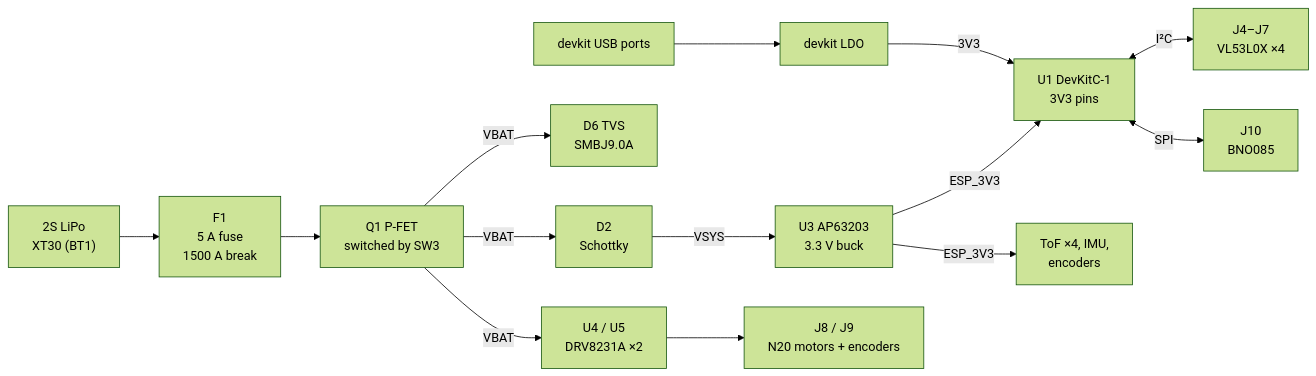
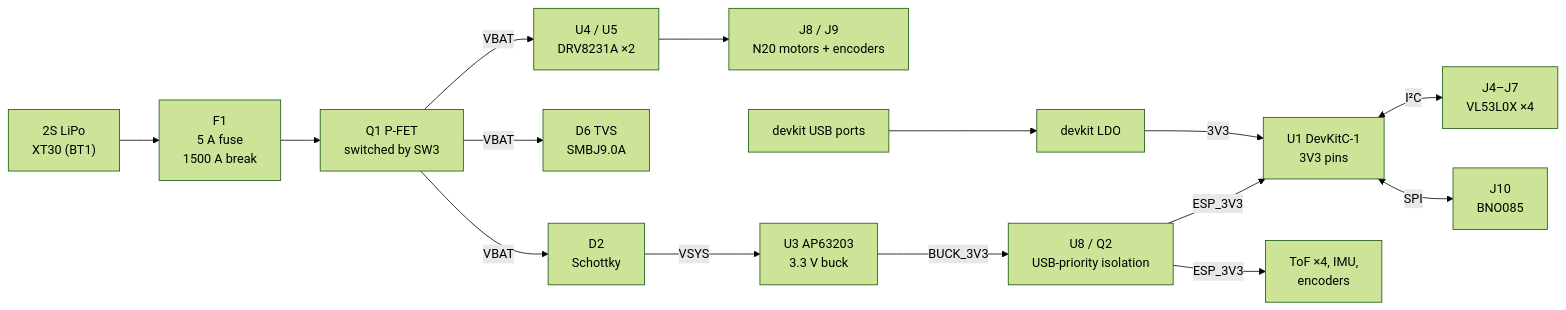
One commit to Galm007/KiCad-Pixy-M2 changed the diagram in README.md. Above: the diagram before and after it, drawn with Mermaid (forest theme). The commit also changed other lines of this file and 35 other files, not shown here.

````diff
--- a/README.md
+++ b/README.md
@@ -87,16 +87,17 @@
 ```mermaid
 flowchart LR
     BAT["2S LiPo<br/>XT30 (BT1)"] --> F1["F1<br/>5 A fuse<br/>1500 A break"]
     F1 --> Q1["Q1 P-FET<br/>switched by SW3"]
     Q1 -- VBAT --> DRV["U4 / U5<br/>DRV8231A ×2"]
     Q1 -- VBAT --> D6["D6 TVS<br/>SMBJ9.0A"]
     Q1 -- VBAT --> D2["D2<br/>Schottky"]
     D2 -- VSYS --> BUCK["U3 AP63203<br/>3.3 V buck"]
-    BUCK -- ESP_3V3 --> MCU["U1 DevKitC-1<br/>3V3 pins"]
-    BUCK -- ESP_3V3 --> PERIPH["ToF ×4, IMU,<br/>encoders"]
+    BUCK -- BUCK_3V3 --> ISO["U8 / Q2<br/>USB-priority isolation"]
+    ISO -- ESP_3V3 --> MCU["U1 DevKitC-1<br/>3V3 pins"]
+    ISO -- ESP_3V3 --> PERIPH["ToF ×4, IMU,<br/>encoders"]
     USB["devkit USB ports"] --> LDO["devkit LDO"]
     LDO -- 3V3 --> MCU
     DRV --> MOT["J8 / J9<br/>N20 motors + encoders"]
     MCU <-->|I²C| TOF["J4–J7<br/>VL53L0X ×4"]
     MCU <-->|SPI| IMU["J10<br/>BNO085"]
 ```
````
